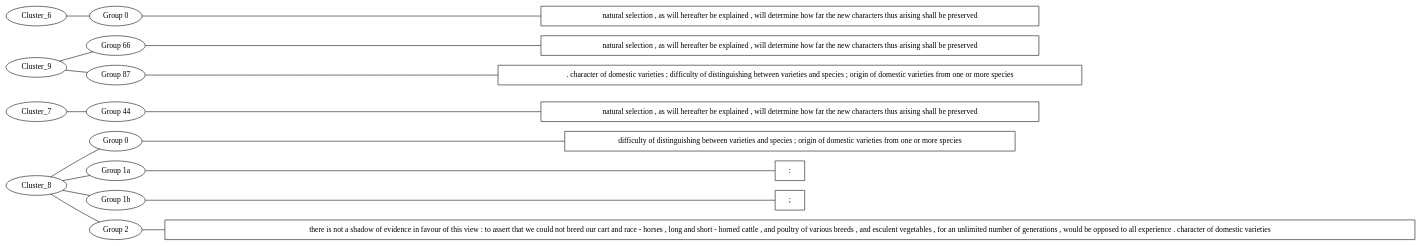
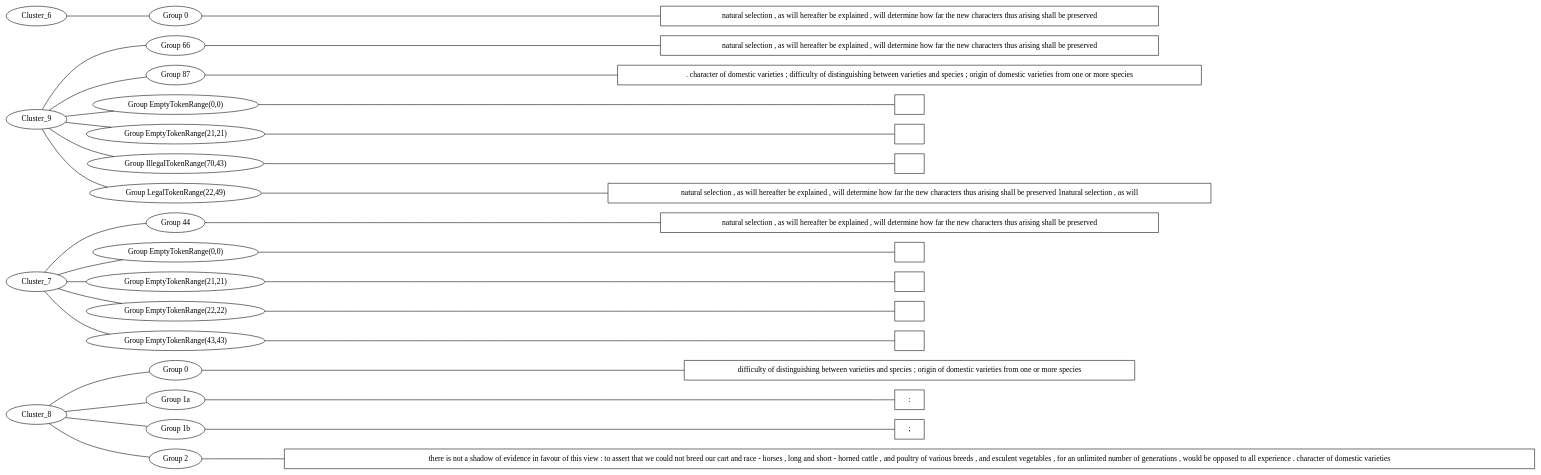
Before and after one commit to djbpitt/scala-graphing-sandbox: the diagram in src/main/outputs/hypergraph.dot, drawn with Graphviz. The commit also changed 2 other files, not shown here.

Commit message:
Read JSON input into intermediate TokenJSON case class to avoid reading into enum type

```diff
--- a/src/main/outputs/hypergraph.dot
+++ b/src/main/outputs/hypergraph.dot
@@ -1,35 +1,67 @@
 graph MyGraph {
 rankdir = LR
 "Cluster_8_2_reading" [shape=box label="there is not a shadow of evidence in favour of this view : to assert that we could not breed our cart and race - horses , long and short - horned cattle , and poultry of various breeds , and esculent vegetables , for an unlimited number of generations , would be opposed to all experience . character of domestic varieties "]
 "Cluster_8_1b_reading" [shape=box label="; "]
 "Cluster_8_1a_reading" [shape=box label=": "]
 "Cluster_8_0_reading" [shape=box label="difficulty of distinguishing between varieties and species ; origin of domestic varieties from one or more species "]
 "Cluster_8_0" [label="Group 0"]
 "Cluster_8_1a" [label="Group 1a"]
 "Cluster_8_1b" [label="Group 1b"]
 "Cluster_8_2" [label="Group 2"]
 "Cluster_8_2" -- "Cluster_8_2_reading"
 "Cluster_8_1b" -- "Cluster_8_1b_reading"
 "Cluster_8_1a" -- "Cluster_8_1a_reading"
 "Cluster_8_0" -- "Cluster_8_0_reading"
 Cluster_8 -- "Cluster_8_2"
 Cluster_8 -- "Cluster_8_1b"
 Cluster_8 -- "Cluster_8_1a"
 Cluster_8 -- "Cluster_8_0"
+"Cluster_7_EmptyTokenRange(43,43)_reading" [shape=box label=""]
+"Cluster_7_EmptyTokenRange(22,22)_reading" [shape=box label=""]
+"Cluster_7_EmptyTokenRange(21,21)_reading" [shape=box label=""]
+"Cluster_7_EmptyTokenRange(0,0)_reading" [shape=box label=""]
 "Cluster_7_44_reading" [shape=box label="natural selection , as will hereafter be explained , will determine how far the new characters thus arising shall be preserved "]
 "Cluster_7_44" [label="Group 44"]
+"Cluster_7_EmptyTokenRange(0,0)" [label="Group EmptyTokenRange(0,0)"]
+"Cluster_7_EmptyTokenRange(21,21)" [label="Group EmptyTokenRange(21,21)"]
+"Cluster_7_EmptyTokenRange(22,22)" [label="Group EmptyTokenRange(22,22)"]
+"Cluster_7_EmptyTokenRange(43,43)" [label="Group EmptyTokenRange(43,43)"]
+"Cluster_7_EmptyTokenRange(43,43)" -- "Cluster_7_EmptyTokenRange(43,43)_reading"
+"Cluster_7_EmptyTokenRange(22,22)" -- "Cluster_7_EmptyTokenRange(22,22)_reading"
+"Cluster_7_EmptyTokenRange(21,21)" -- "Cluster_7_EmptyTokenRange(21,21)_reading"
+"Cluster_7_EmptyTokenRange(0,0)" -- "Cluster_7_EmptyTokenRange(0,0)_reading"
 "Cluster_7_44" -- "Cluster_7_44_reading"
+Cluster_7 -- "Cluster_7_EmptyTokenRange(43,43)"
+Cluster_7 -- "Cluster_7_EmptyTokenRange(22,22)"
+Cluster_7 -- "Cluster_7_EmptyTokenRange(21,21)"
+Cluster_7 -- "Cluster_7_EmptyTokenRange(0,0)"
 Cluster_7 -- "Cluster_7_44"
+"Cluster_9_LegalTokenRange(22,49)_reading" [shape=box label="natural selection , as will hereafter be explained , will determine how far the new characters thus arising shall be preserved 1natural selection , as will "]
+"Cluster_9_IllegalTokenRange(70,43)_reading" [shape=box label=""]
+"Cluster_9_EmptyTokenRange(21,21)_reading" [shape=box label=""]
+"Cluster_9_EmptyTokenRange(0,0)_reading" [shape=box label=""]
 "Cluster_9_87_reading" [shape=box label=". character of domestic varieties ; difficulty of distinguishing between varieties and species ; origin of domestic varieties from one or more species "]
 "Cluster_9_66_reading" [shape=box label="natural selection , as will hereafter be explained , will determine how far the new characters thus arising shall be preserved "]
 "Cluster_9_66" [label="Group 66"]
 "Cluster_9_87" [label="Group 87"]
+"Cluster_9_EmptyTokenRange(0,0)" [label="Group EmptyTokenRange(0,0)"]
+"Cluster_9_EmptyTokenRange(21,21)" [label="Group EmptyTokenRange(21,21)"]
+"Cluster_9_IllegalTokenRange(70,43)" [label="Group IllegalTokenRange(70,43)"]
+"Cluster_9_LegalTokenRange(22,49)" [label="Group LegalTokenRange(22,49)"]
+"Cluster_9_LegalTokenRange(22,49)" -- "Cluster_9_LegalTokenRange(22,49)_reading"
+"Cluster_9_IllegalTokenRange(70,43)" -- "Cluster_9_IllegalTokenRange(70,43)_reading"
+"Cluster_9_EmptyTokenRange(21,21)" -- "Cluster_9_EmptyTokenRange(21,21)_reading"
+"Cluster_9_EmptyTokenRange(0,0)" -- "Cluster_9_EmptyTokenRange(0,0)_reading"
 "Cluster_9_87" -- "Cluster_9_87_reading"
 "Cluster_9_66" -- "Cluster_9_66_reading"
+Cluster_9 -- "Cluster_9_LegalTokenRange(22,49)"
+Cluster_9 -- "Cluster_9_IllegalTokenRange(70,43)"
+Cluster_9 -- "Cluster_9_EmptyTokenRange(21,21)"
+Cluster_9 -- "Cluster_9_EmptyTokenRange(0,0)"
 Cluster_9 -- "Cluster_9_87"
 Cluster_9 -- "Cluster_9_66"
 "Cluster_6_0_reading" [shape=box label="natural selection , as will hereafter be explained , will determine how far the new characters thus arising shall be preserved "]
 "Cluster_6_0" [label="Group 0"]
 "Cluster_6_0" -- "Cluster_6_0_reading"
 Cluster_6 -- "Cluster_6_0"
 }
```
